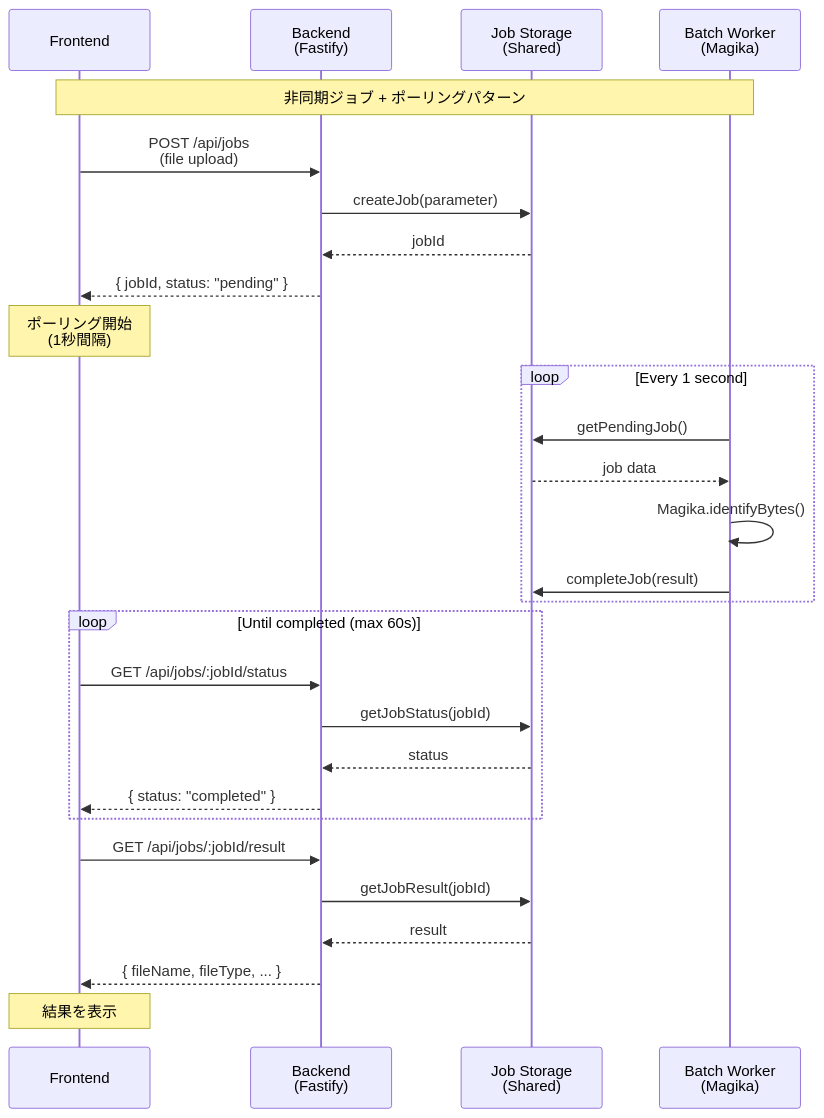
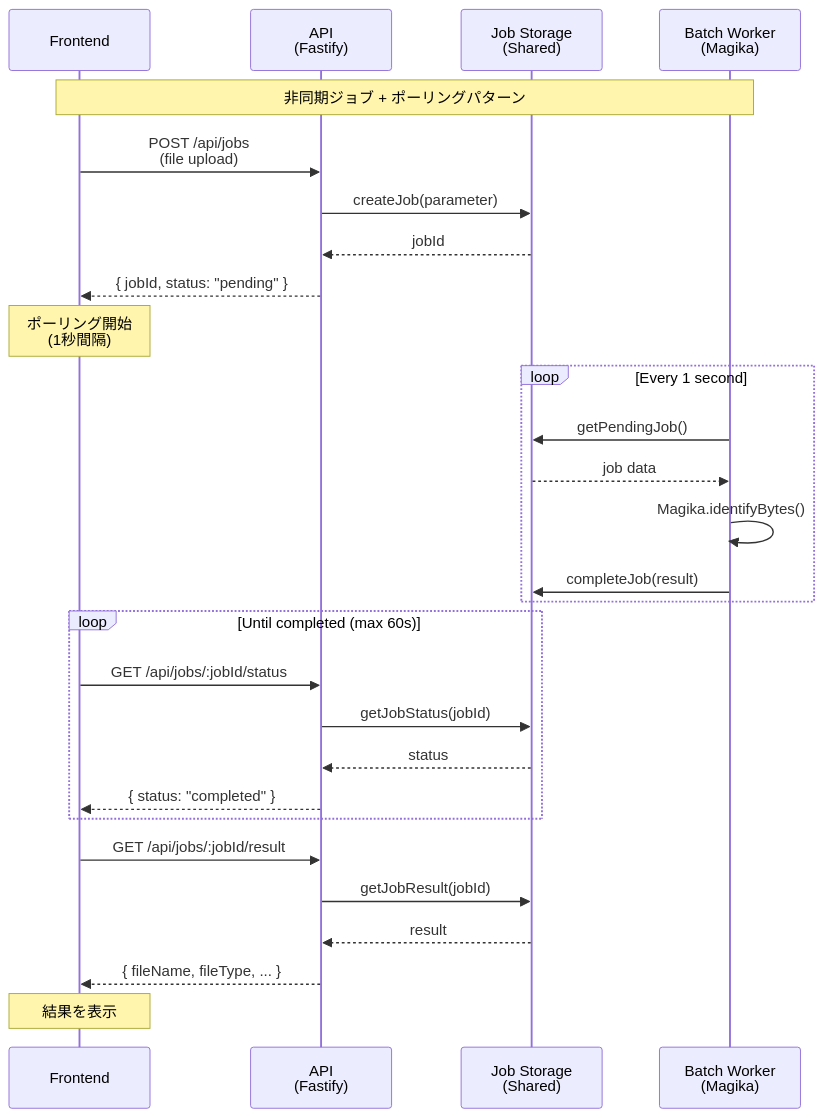
One commit to hi-time/mono-repo-sample changed the first of 3 diagrams in README.md. Above: the diagram before and after it, drawn with Mermaid. The commit also changed other lines of this file and 25 other files, not shown here.

````diff
--- a/README.md
+++ b/README.md
@@ -213,37 +213,37 @@
 ```mermaid
 sequenceDiagram
     participant F as Frontend
-    participant B as Backend<br/>(Fastify)
+    participant B as API<br/>(Fastify)
     participant S as Job Storage<br/>(Shared)
     participant W as Batch Worker<br/>(Magika)
 
     Note over F,W: 非同期ジョブ + ポーリングパターン
     
     F->>B: POST /api/jobs<br/>(file upload)
     B->>S: createJob(parameter)
     S-->>B: jobId
     B-->>F: { jobId, status: "pending" }
     
     Note over F: ポーリング開始<br/>(1秒間隔)
     
     loop Every 1 second
         W->>S: getPendingJob()
         S-->>W: job data
         W->>W: Magika.identifyBytes()
         W->>S: completeJob(result)
     end
     
     loop Until completed (max 60s)
         F->>B: GET /api/jobs/:jobId/status
         B->>S: getJobStatus(jobId)
         S-->>B: status
         B-->>F: { status: "completed" }
     end
     
     F->>B: GET /api/jobs/:jobId/result
     B->>S: getJobResult(jobId)
     S-->>B: result
     B-->>F: { fileName, fileType, ... }
     
     Note over F: 結果を表示
 ```
````
